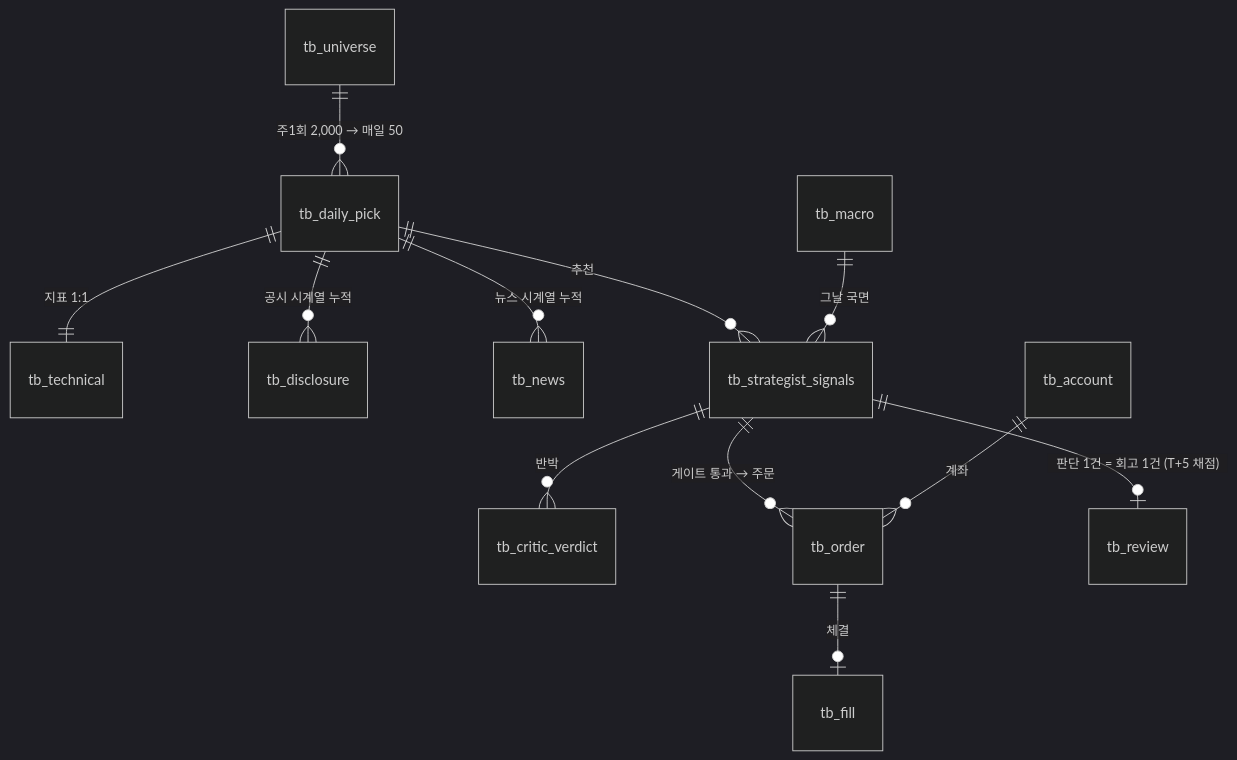
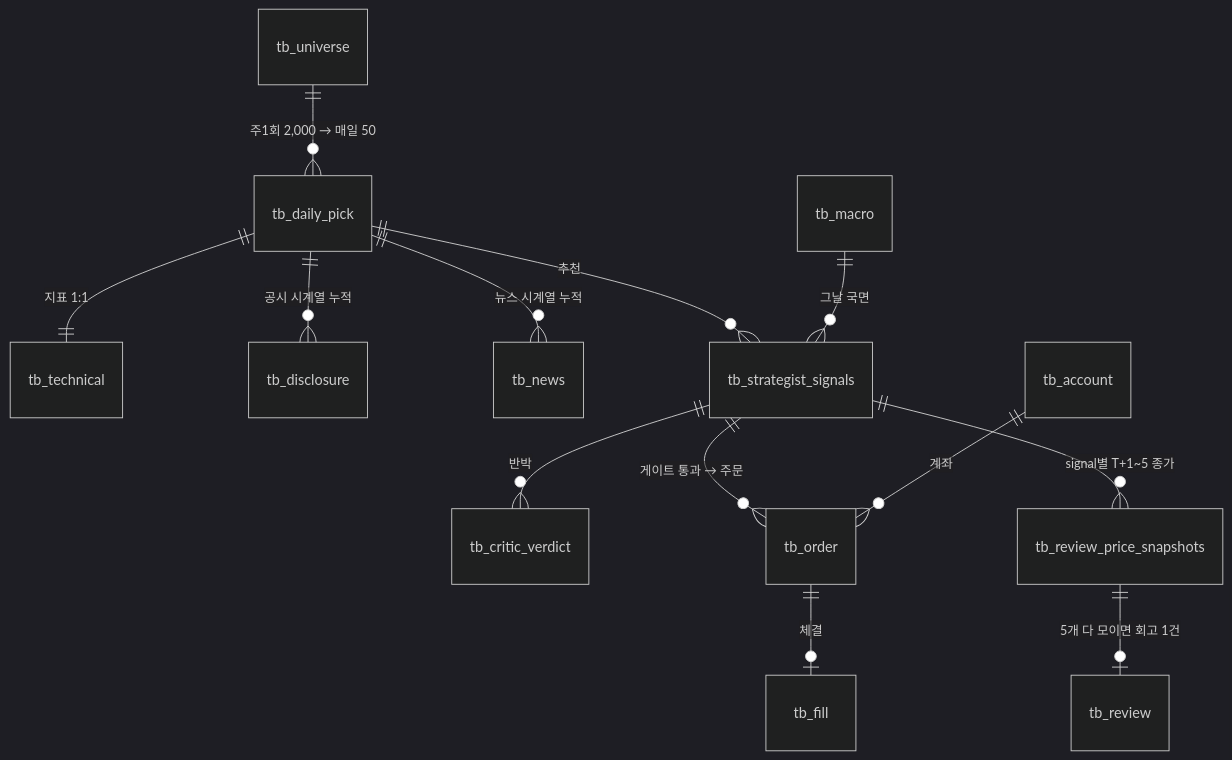
Before and after one commit to jaymunsh/quantinue-wiki: the second of 2 diagrams in documents/facts/데이터계약.md, drawn with Mermaid (dark theme). The commit also changed other lines of this file and 5 other files, not shown here.

````diff
--- a/documents/facts/데이터계약.md
+++ b/documents/facts/데이터계약.md
@@ -34,14 +34,15 @@
 ```mermaid
 erDiagram
   tb_universe ||--o{ tb_daily_pick : "주1회 2,000 → 매일 50"
   tb_daily_pick ||--|| tb_technical : "지표 1:1"
   tb_daily_pick ||--o{ tb_disclosure : "공시 시계열 누적"
   tb_daily_pick ||--o{ tb_news : "뉴스 시계열 누적"
   tb_daily_pick ||--o{ tb_strategist_signals : "추천"
   tb_macro ||--o{ tb_strategist_signals : "그날 국면"
   tb_strategist_signals ||--o{ tb_critic_verdict : "반박"
   tb_strategist_signals ||--o{ tb_order : "게이트 통과 → 주문"
   tb_account ||--o{ tb_order : "계좌"
   tb_order ||--o| tb_fill : "체결"
-  tb_strategist_signals ||--o| tb_review : "판단 1건 = 회고 1건 (T+5 채점)"
+  tb_strategist_signals ||--o{ tb_review_price_snapshots : "signal별 T+1~5 종가"
+  tb_review_price_snapshots ||--o| tb_review : "5개 다 모이면 회고 1건"
 ```
````
